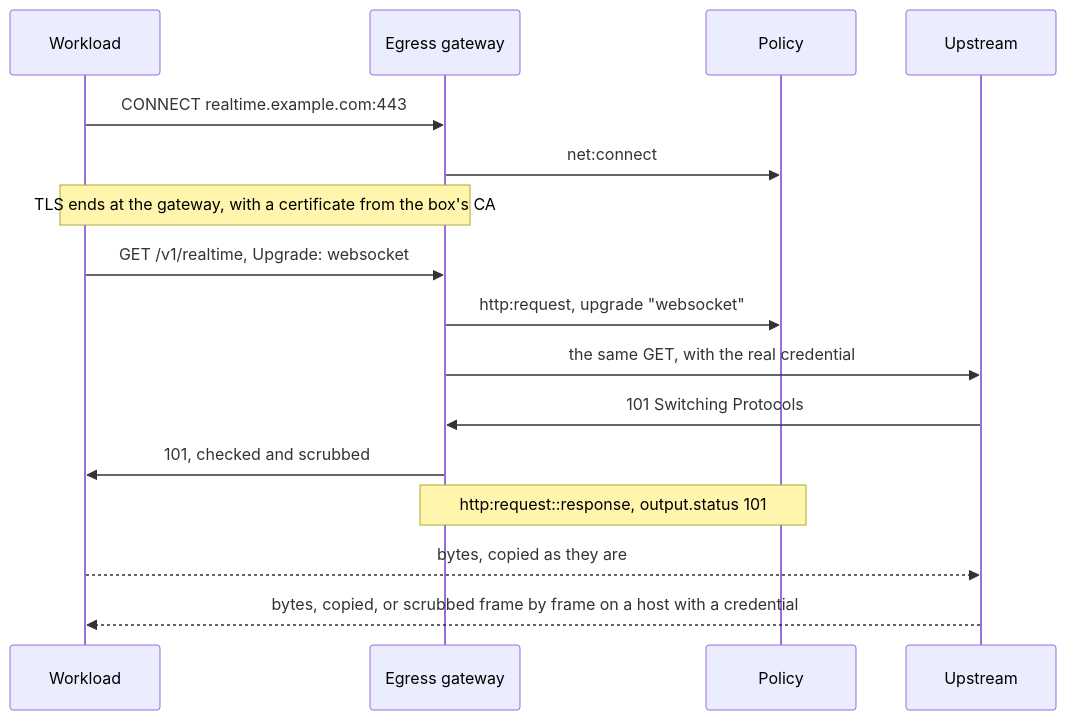
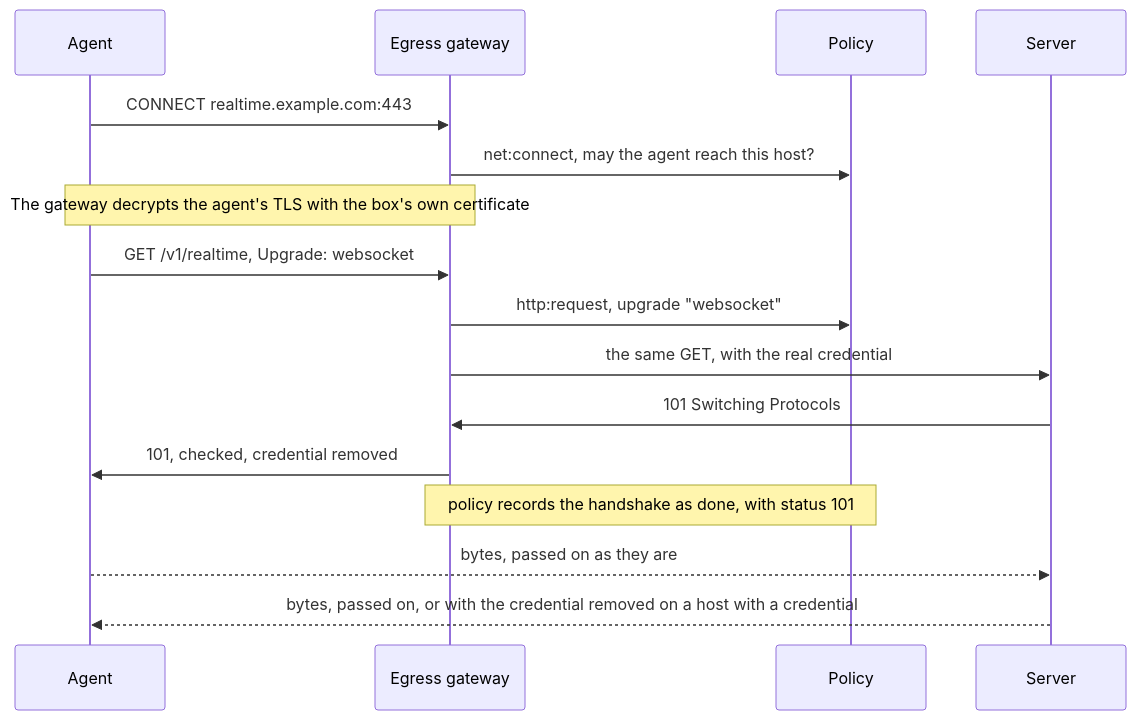
Before and after one commit to strands-agents/box: the diagram in team/designs/0007-egress-websocket.md, drawn with Mermaid. The commit also changed other lines of this file, not shown here.

````diff
--- a/team/designs/0007-egress-websocket.md
+++ b/team/designs/0007-egress-websocket.md
@@ -23,18 +31,18 @@
 ```mermaid
 sequenceDiagram
-    participant W as Workload
+    participant W as Agent
     participant G as Egress gateway
     participant P as Policy
-    participant U as Upstream
+    participant U as Server
     W->>G: CONNECT realtime.example.com:443
-    G->>P: net:connect
-    Note over W,G: TLS ends at the gateway, with a certificate from the box's CA
+    G->>P: net:connect, may the agent reach this host?
+    Note over W,G: The gateway decrypts the agent's TLS with the box's own certificate
     W->>G: GET /v1/realtime, Upgrade: websocket
     G->>P: http:request, upgrade "websocket"
     G->>U: the same GET, with the real credential
     U->>G: 101 Switching Protocols
-    G->>W: 101, checked and scrubbed
-    Note over G,P: http:request::response, output.status 101
-    W-->>U: bytes, copied as they are
-    U-->>W: bytes, copied, or scrubbed frame by frame on a host with a credential
+    G->>W: 101, checked, credential removed
+    Note over G,P: policy records the handshake as done, with status 101
+    W-->>U: bytes, passed on as they are
+    U-->>W: bytes, passed on, or with the credential removed on a host with a credential
 ```
````
